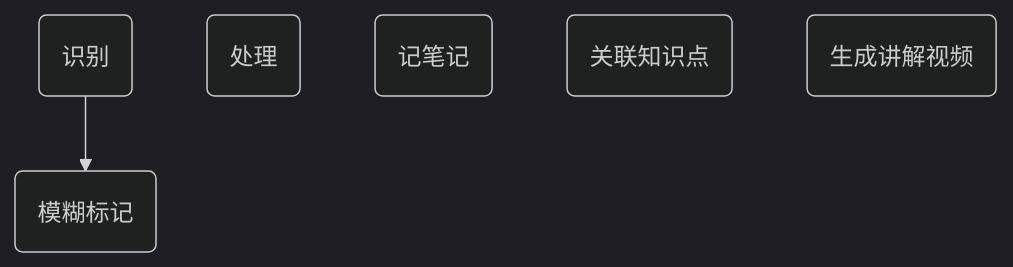
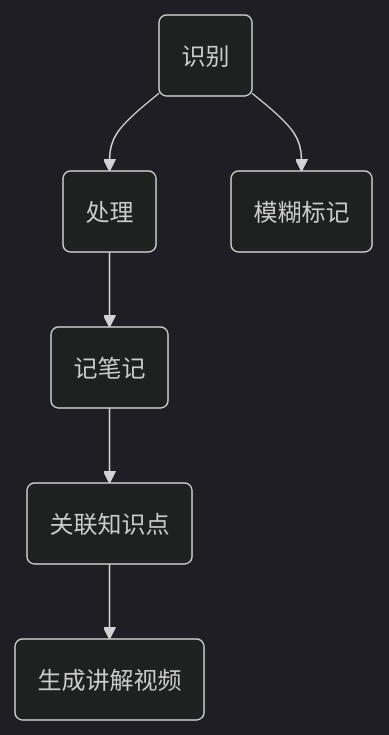
Before and after one commit to Charlie929-dot/charlie_vault: the diagram in AIGC/AIGC竞赛2.0.md, drawn with Mermaid (dark theme). The commit also changed 1 other file, not shown here.

Commit message:
vault backup: 2026-04-06 21:24:29

````diff
--- a/AIGC/AIGC竞赛2.0.md
+++ b/AIGC/AIGC竞赛2.0.md
@@ -12,8 +12,5 @@
 ```mermaid
 flowchart TD
+	A-->B("处理")-->C("记笔记")-->D("关联知识点")-->E("生成讲解视频")
 	A("识别")-->A1("模糊标记")
-	B("处理")
-	C("记笔记")
-	D("关联知识点")
-	E("生成讲解视频")
 ```
````
